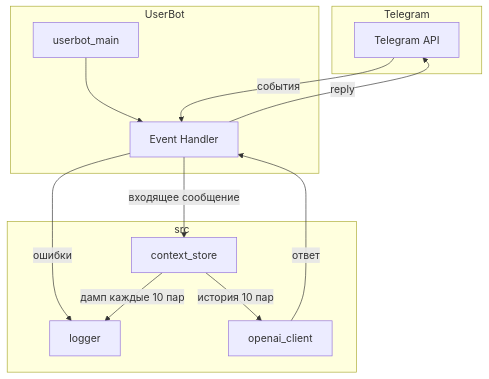
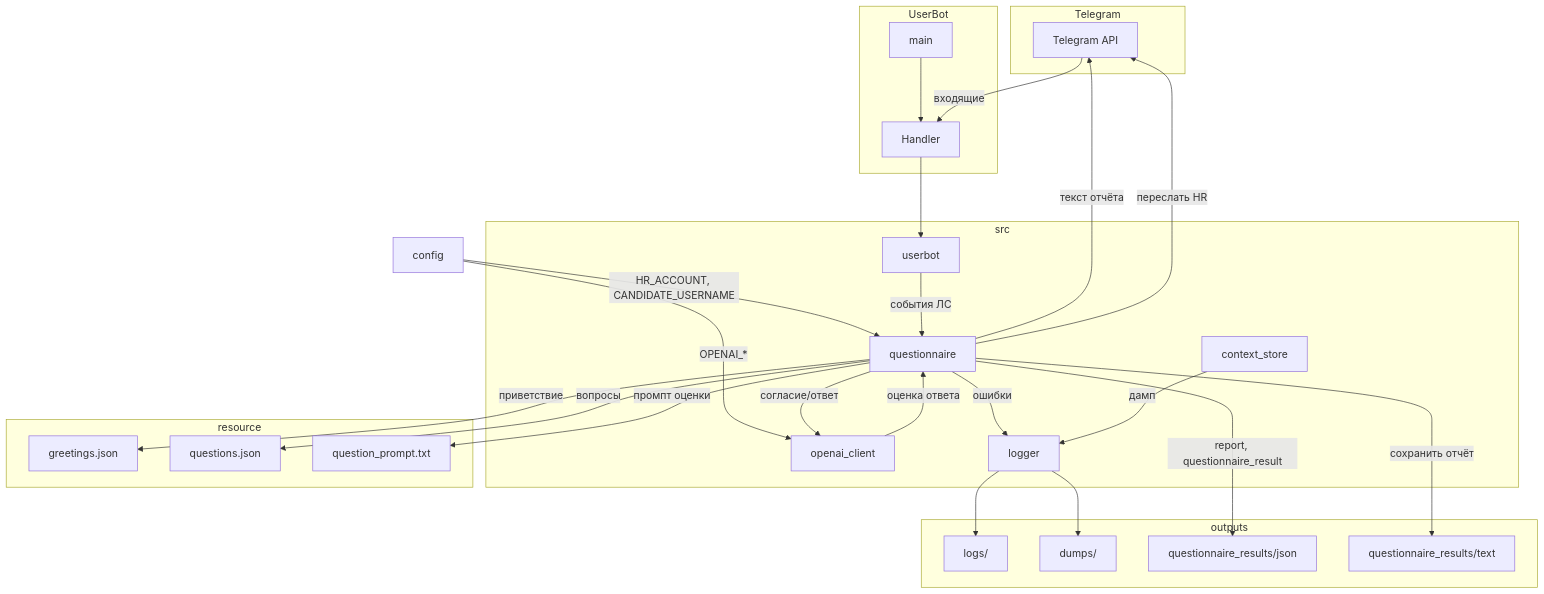
Before and after one commit to BeliaevAndrey/vibeBot: the diagram in .cursor/plans/telegram_userbot_openai_1ac52265.plan.md, drawn with Mermaid. The commit also changed other lines of this file and 9 other files, not shown here.

Commit message:
userbot modified to questionnaire MVP

````diff
--- a/.cursor/plans/telegram_userbot_openai_1ac52265.plan.md
+++ b/.cursor/plans/telegram_userbot_openai_1ac52265.plan.md
@@ -12,26 +12,54 @@
 ```mermaid
 flowchart TB
     subgraph Telegram
         TG[Telegram API]
     end
-    
+
     subgraph UserBot
-        Main[userbot_main]
-        Handler[Event Handler]
+        Main[main]
+        Handler[Handler]
         Main --> Handler
     end
-    
+
     subgraph src
-        Store[context_store]
+        Userbot[userbot]
+        Questionnaire[questionnaire]
+        OpenAIClient[openai_client]
         Logger[logger]
-        OpenAI[openai_client]
+        ContextStore[context_store]
     end
-    
-    Handler -->|"входящее сообщение"| Store
-    Handler -->|"ошибки"| Logger
-    Store -->|"дамп каждые 10 пар"| Logger
-    Store -->|"история 10 пар"| OpenAI
-    OpenAI -->|"ответ"| Handler
-    Handler -->|"reply"| TG
-    TG -->|"события"| Handler
+
+    subgraph resource
+        Greetings[greetings.json]
+        Questions[questions.json]
+        QuestionPrompt[question_prompt.txt]
+    end
+
+    subgraph outputs
+        LogsDir[logs/]
+        DumpsDir[dumps/]
+        ResultsJson[questionnaire_results/json]
+        ResultsText[questionnaire_results/text]
+    end
+
+    Config[config]
+    Config -->|"HR_ACCOUNT, CANDIDATE_USERNAME"| Questionnaire
+    Config -->|"OPENAI_*"| OpenAIClient
+
+    Handler --> Userbot
+    Userbot -->|"события ЛС"| Questionnaire
+    Questionnaire -->|"приветствие"| Greetings
+    Questionnaire -->|"вопросы"| Questions
+    Questionnaire -->|"промпт оценки"| QuestionPrompt
+    Questionnaire -->|"согласие/ответ"| OpenAIClient
+    OpenAIClient -->|"оценка ответа"| Questionnaire
+    Questionnaire -->|"report, questionnaire_result"| ResultsJson
+    Questionnaire -->|"текст отчёта"| TG
+    Questionnaire -->|"переслать HR"| TG
+    Questionnaire -->|"сохранить отчёт"| ResultsText
+    Questionnaire -->|"ошибки"| Logger
+    Logger --> LogsDir
+    ContextStore -->|"дамп"| Logger
+    Logger --> DumpsDir
+    TG -->|"входящие"| Handler
 ```
````
